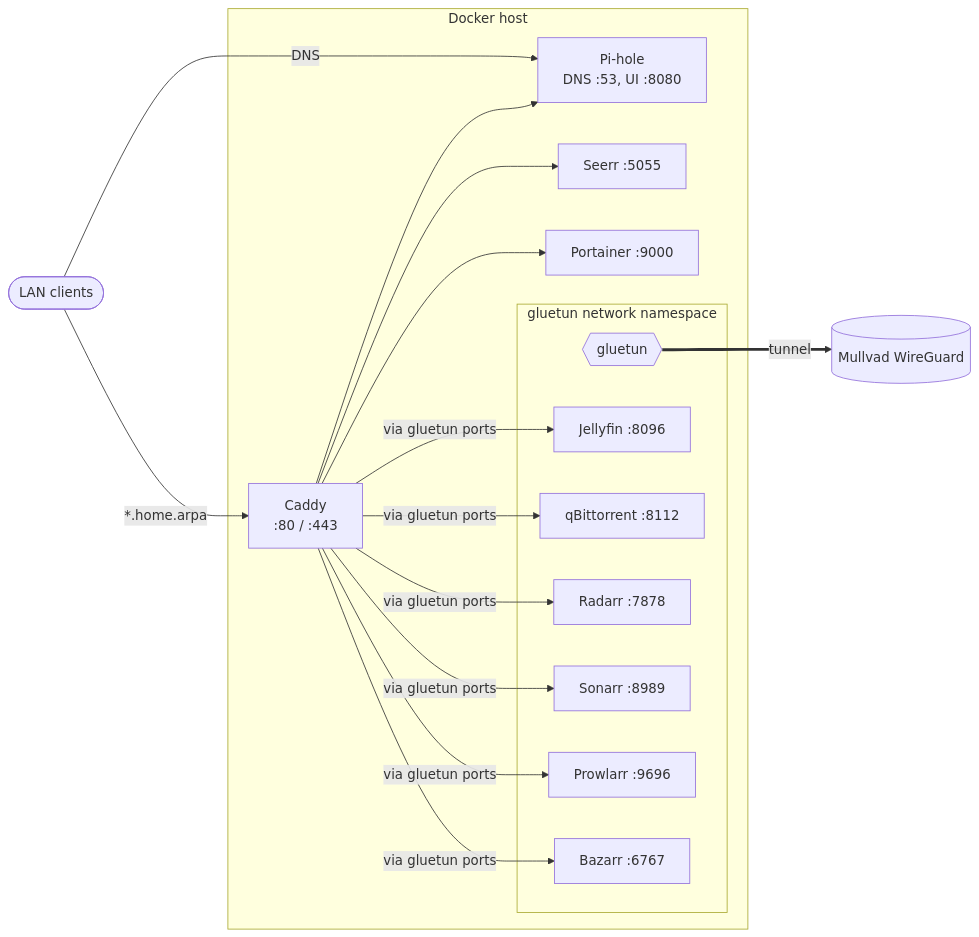
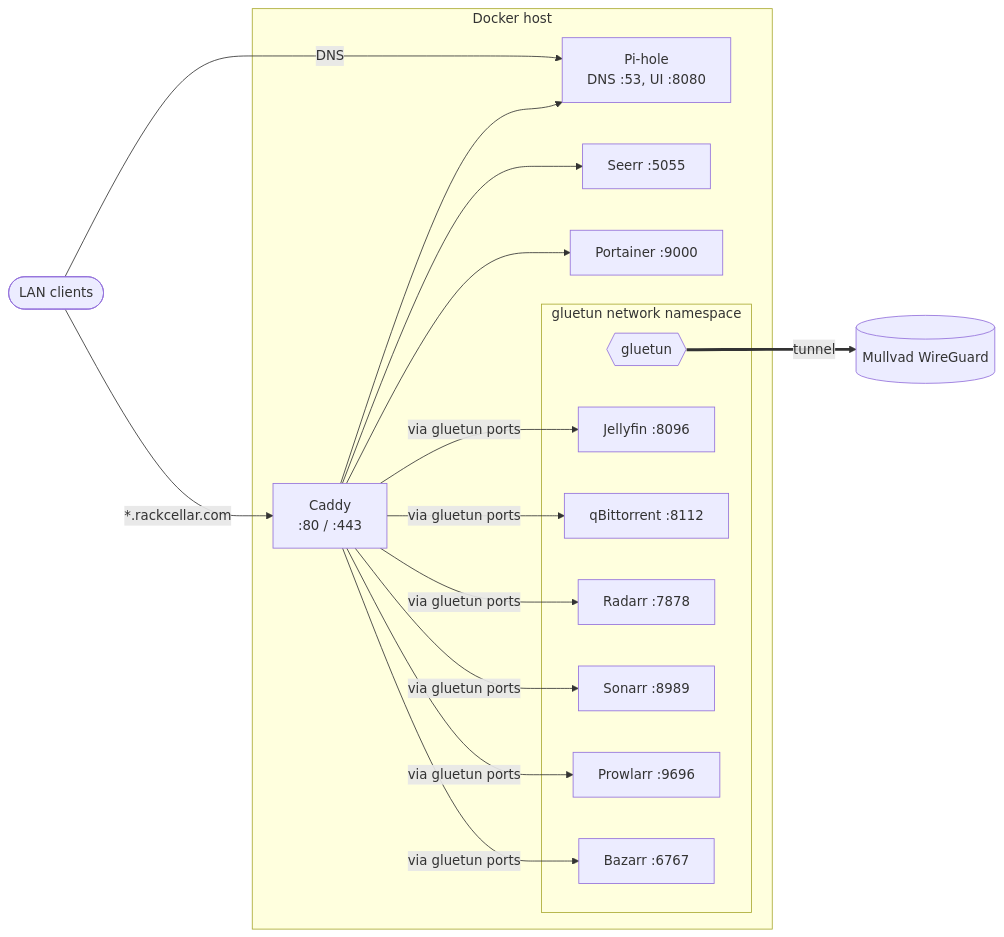
One commit to jonnynabors/docker changed the diagram in README.md. Above: the diagram before and after it, drawn with Mermaid. The commit also changed other lines of this file and 1 other file, not shown here.

````diff
--- a/README.md
+++ b/README.md
@@ -7,30 +7,30 @@
 ```mermaid
 flowchart LR
     LAN([LAN clients])
     Mullvad[(Mullvad WireGuard)]
 
     subgraph host[Docker host]
         pihole[Pi-hole<br/>DNS :53, UI :8080]
         caddy[Caddy<br/>:80 / :443]
         seerr[Seerr :5055]
         portainer[Portainer :9000]
 
         subgraph vpn[gluetun network namespace]
             gluetun{{gluetun}}
             jellyfin[Jellyfin :8096]
             qbit[qBittorrent :8112]
             radarr[Radarr :7878]
             sonarr[Sonarr :8989]
             prowlarr[Prowlarr :9696]
             bazarr[Bazarr :6767]
         end
     end
 
     LAN -- DNS --> pihole
-    LAN -- "*.home.arpa" --> caddy
+    LAN -- "*.rackcellar.com" --> caddy
     caddy --> pihole
     caddy --> seerr
     caddy --> portainer
     caddy -- via gluetun ports --> jellyfin & qbit & radarr & sonarr & prowlarr & bazarr
     gluetun == tunnel ==> Mullvad
 ```
````
